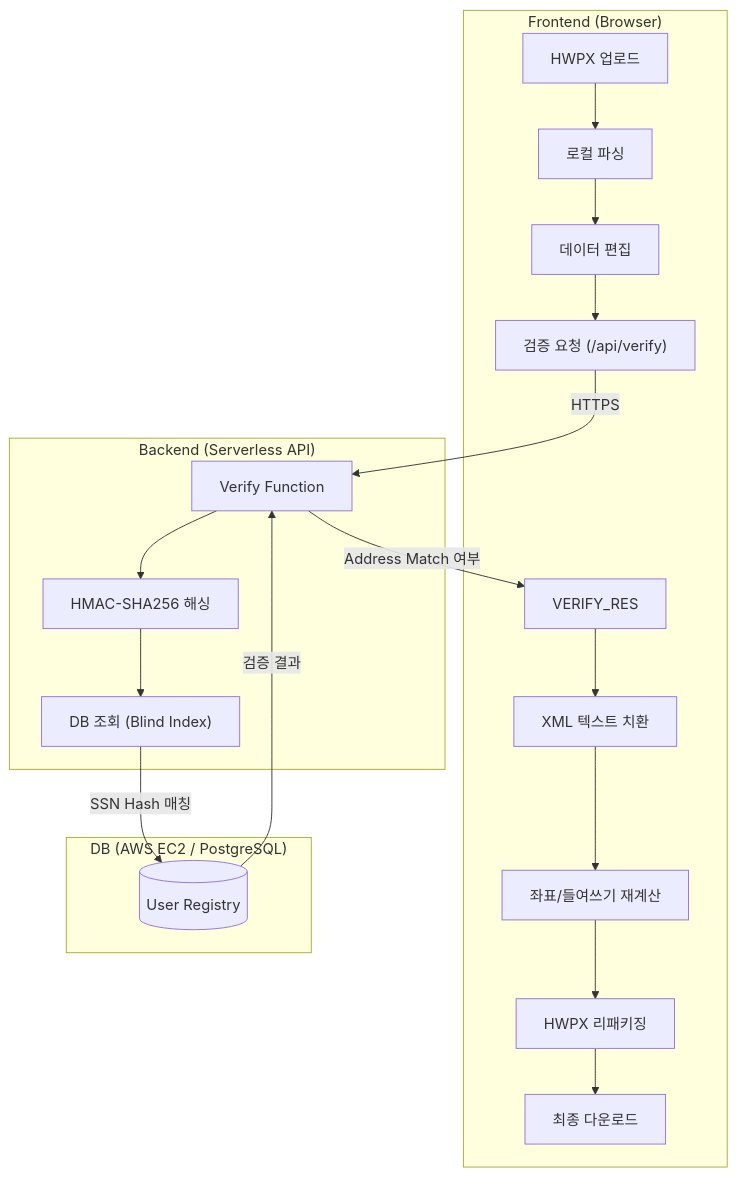
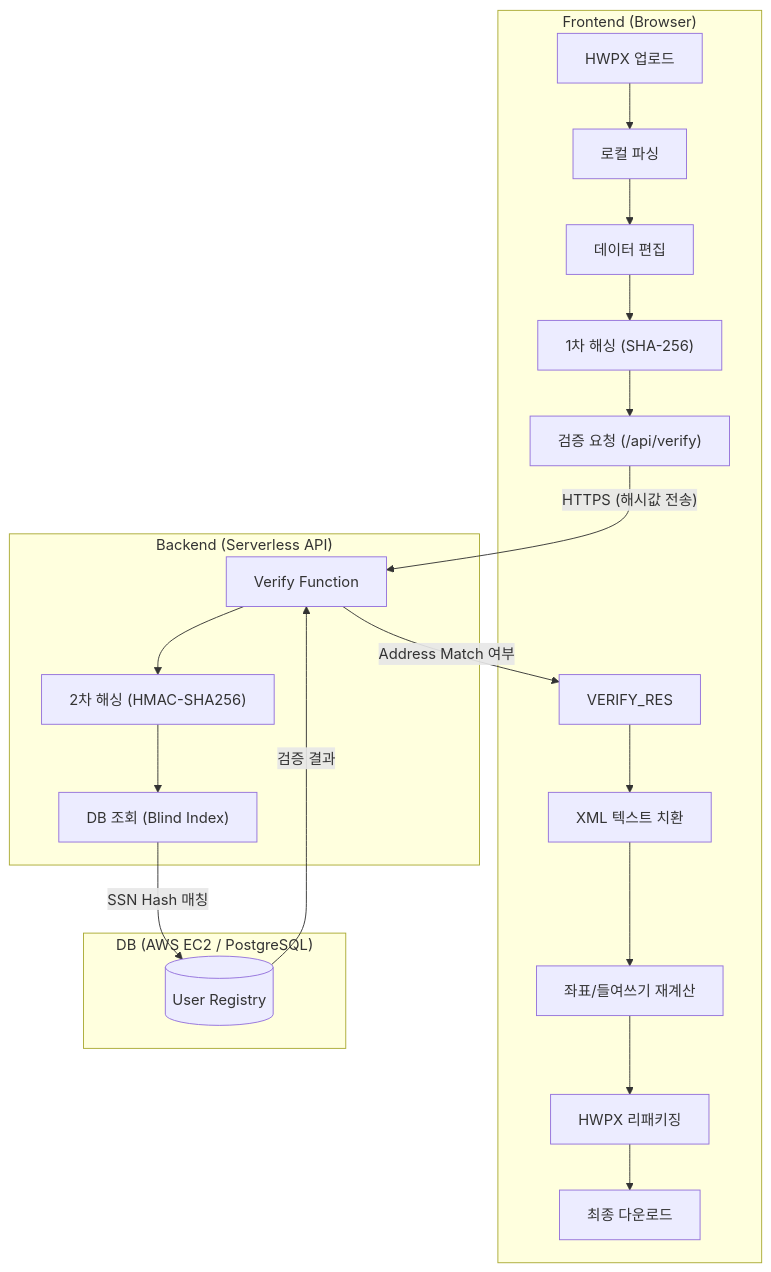
Before and after one commit to jpjp92/hwpx-back: the diagram in README.md, drawn with Mermaid. The commit also changed other lines of this file and 1 other file, not shown here.

````diff
--- a/README.md
+++ b/README.md
@@ -27,25 +27,26 @@
 ```mermaid
 flowchart TD
     subgraph Frontend ["Frontend (Browser)"]
         U[HWPX 업로드] --> PARSE[로컬 파싱]
         PARSE --> EDIT[데이터 편집]
-        EDIT --> VERIFY_REQ["검증 요청 (/api/verify)"]
+        EDIT --> HASH_CLIENT["1차 해싱 (SHA-256)"]
+        HASH_CLIENT --> VERIFY_REQ["검증 요청 (/api/verify)"]
         VERIFY_RES --> REPLACE[XML 텍스트 치환]
         REPLACE --> LAYOUT[좌표/들여쓰기 재계산]
         LAYOUT --> REPACK[HWPX 리패키징]
         REPACK --> DL[최종 다운로드]
     end
 
     subgraph Backend ["Backend (Serverless API)"]
-        VERIFY_REQ -- "HTTPS" --> API[Verify Function]
-        API --> HASH[HMAC-SHA256 해싱]
-        HASH --> QUERY["DB 조회 (Blind Index)"]
+        VERIFY_REQ -- "HTTPS (해시값 전송)" --> API[Verify Function]
+        API --> HASH_SERVER["2차 해싱 (HMAC-SHA256)"]
+        HASH_SERVER --> QUERY["DB 조회 (Blind Index)"]
     end
 
     subgraph Database ["DB (AWS EC2 / PostgreSQL)"]
         QUERY -- "SSN Hash 매칭" --> DB[("User Registry")]
         DB -- "검증 결과" --> API
     end
 
     API -- "Address Match 여부" --> VERIFY_RES
 ```
````
